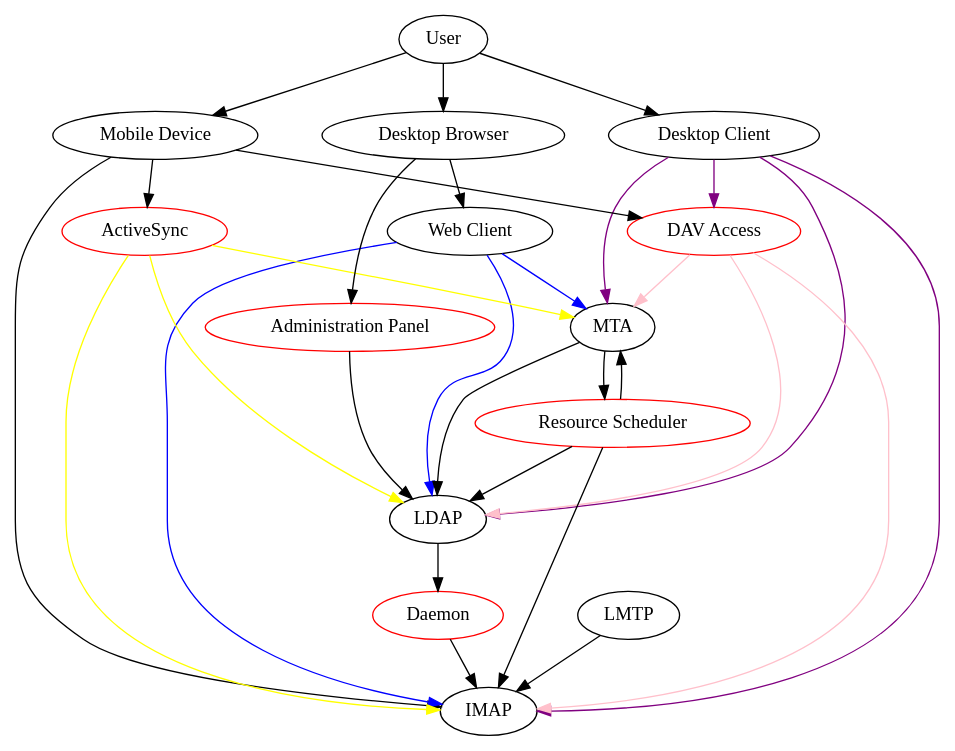
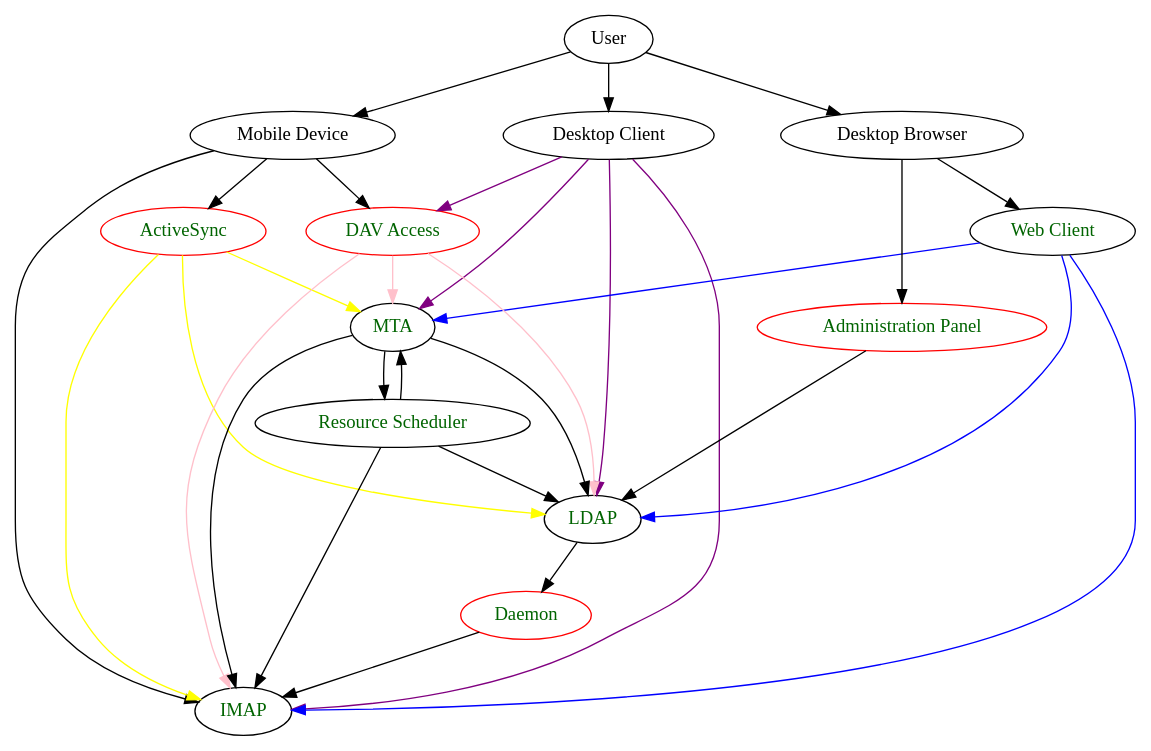
Before and after one commit to kanarip/kolab-docs: the diagram in source/architecture-and-design/introduction.rst, drawn with Graphviz. The commit also changed other lines of this file, not shown here.

```diff
--- a/source/architecture-and-design/introduction.rst
+++ b/source/architecture-and-design/introduction.rst
@@ -178,32 +188,29 @@
 .. graphviz::
 
     digraph overview {
             "Desktop Client";
             "Mobile Device";
-            "Web Client";
-            "Administration Panel" [color=red];
-            "ActiveSync" [color=red];
-            "DAV Access" [color=red];
-
-            "LDAP", "MTA";
-
-            "IMAP", "LMTP";
-
-            "Daemon" [color=red]
-            "Resource Scheduler" [color=red];
+            "Web Client" [fontcolor=darkgreen];
+            "Administration Panel" [color=red,fontcolor=darkgreen];
+            "ActiveSync" [color=red,fontcolor=darkgreen];
+            "DAV Access" [color=red,fontcolor=darkgreen];
+            "IMAP" [fontcolor=darkgreen];
+            "LDAP" [fontcolor=darkgreen];
+            "MTA" [fontcolor=darkgreen];
+            "Daemon" [color=red,fontcolor=darkgreen];
+            "Resource Scheduler" [fontcolor=darkgreen];
 
             "User" -> "Desktop Client", "Desktop Browser", "Mobile Device";
             "Desktop Browser" -> "Web Client", "Administration Panel";
             "Mobile Device" -> "ActiveSync", "DAV Access", "IMAP";
 
             "Desktop Client" -> "IMAP", "LDAP", "MTA", "DAV Access" [color=purple];
             "DAV Access" -> "IMAP", "LDAP", "MTA" [color=pink];
             "Web Client" -> "IMAP", "LDAP", "MTA" [color=blue];
             "ActiveSync" -> "IMAP", "LDAP", "MTA" [color=yellow];
-            "LMTP" -> "IMAP";
-            "MTA" -> "LDAP";
+            "MTA" -> "LDAP", "IMAP";
             "LDAP" -> "Daemon" -> "IMAP";
             "MTA" -> "Resource Scheduler" -> "MTA", "LDAP", "IMAP";
 
             "Administration Panel" -> "LDAP";
         }
```
